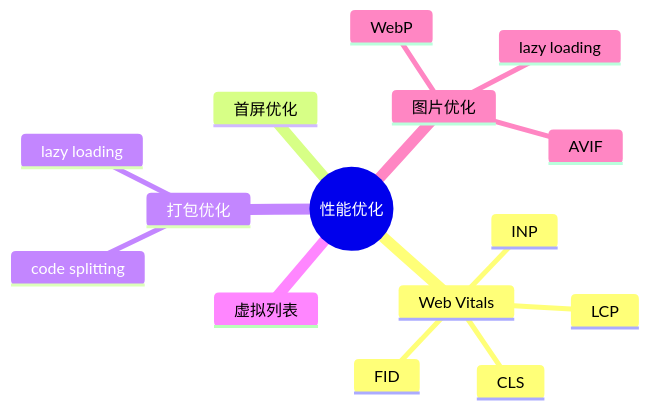
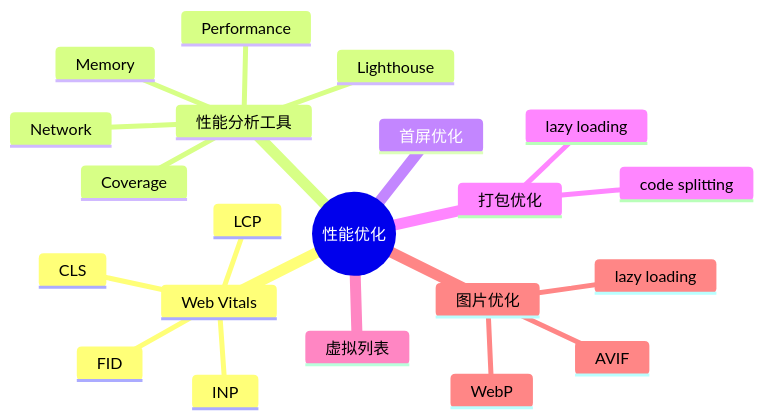
One commit to zjh42139/interview-notes changed the diagram in docs/性能优化/index.md. Above: the diagram before and after it, drawn with Mermaid. The commit also changed other lines of this file and 14 other files, not shown here.

````diff
--- a/docs/性能优化/index.md
+++ b/docs/性能优化/index.md
@@ -17,18 +17,24 @@
 ```mermaid
 mindmap
   root((性能优化))
     Web Vitals
       LCP
       FID
       CLS
       INP
+    性能分析工具
+      Performance
+      Lighthouse
+      Memory
+      Network
+      Coverage
     首屏优化
     打包优化
       code splitting
       lazy loading
     虚拟列表
     图片优化
       WebP
       AVIF
       lazy loading
 ```
````
